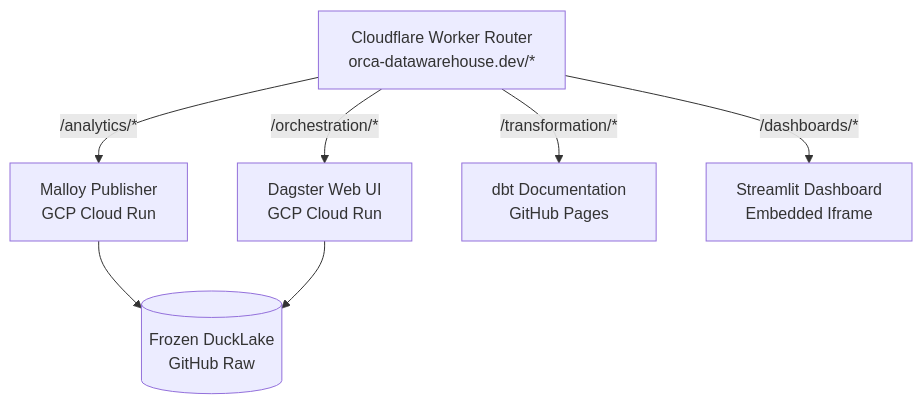
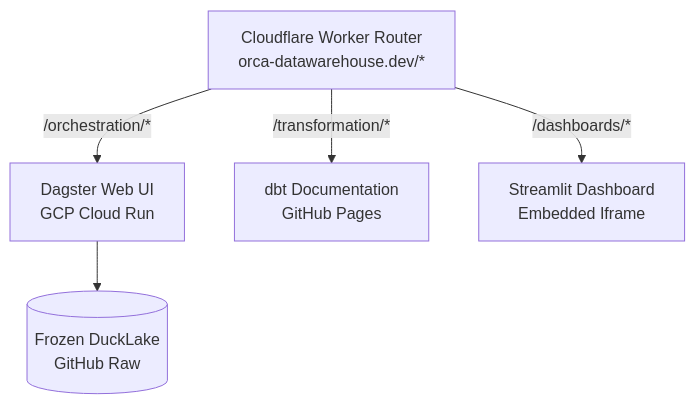
Before and after one commit to mathisdrn/orca: the diagram in deployment/README.md, drawn with Mermaid. The commit also changed other lines of this file and 13 other files, not shown here.

Commit message:
feat: integrate Malloy assets with custom translator, update dbt project configuration, partition HN ingestion, and restrict Cloud Run authentication.

````diff
--- a/deployment/README.md
+++ b/deployment/README.md
@@ -7,10 +7,8 @@
 ```mermaid
 graph TD
-    Router[Cloudflare Worker Router<br/>orca-datawarehouse.dev/*] -->|/analytics/*| Malloy[Malloy Publisher<br/>GCP Cloud Run]
-    Router -->|/orchestration/*| Dagster[Dagster Web UI<br/>GCP Cloud Run]
+    Router[Cloudflare Worker Router<br/>orca-datawarehouse.dev/*] -->|/orchestration/*| Dagster[Dagster Web UI<br/>GCP Cloud Run]
     Router -->|/transformation/*| dbt[dbt Documentation<br/>GitHub Pages]
     Router -->|/dashboards/*| Streamlit[Streamlit Dashboard<br/>Embedded Iframe]
 
-    Malloy --> DuckLake[(Frozen DuckLake<br/>GitHub Raw)]
-    Dagster --> DuckLake
+    Dagster --> DuckLake[(Frozen DuckLake<br/>GitHub Raw)]
 ```
````
